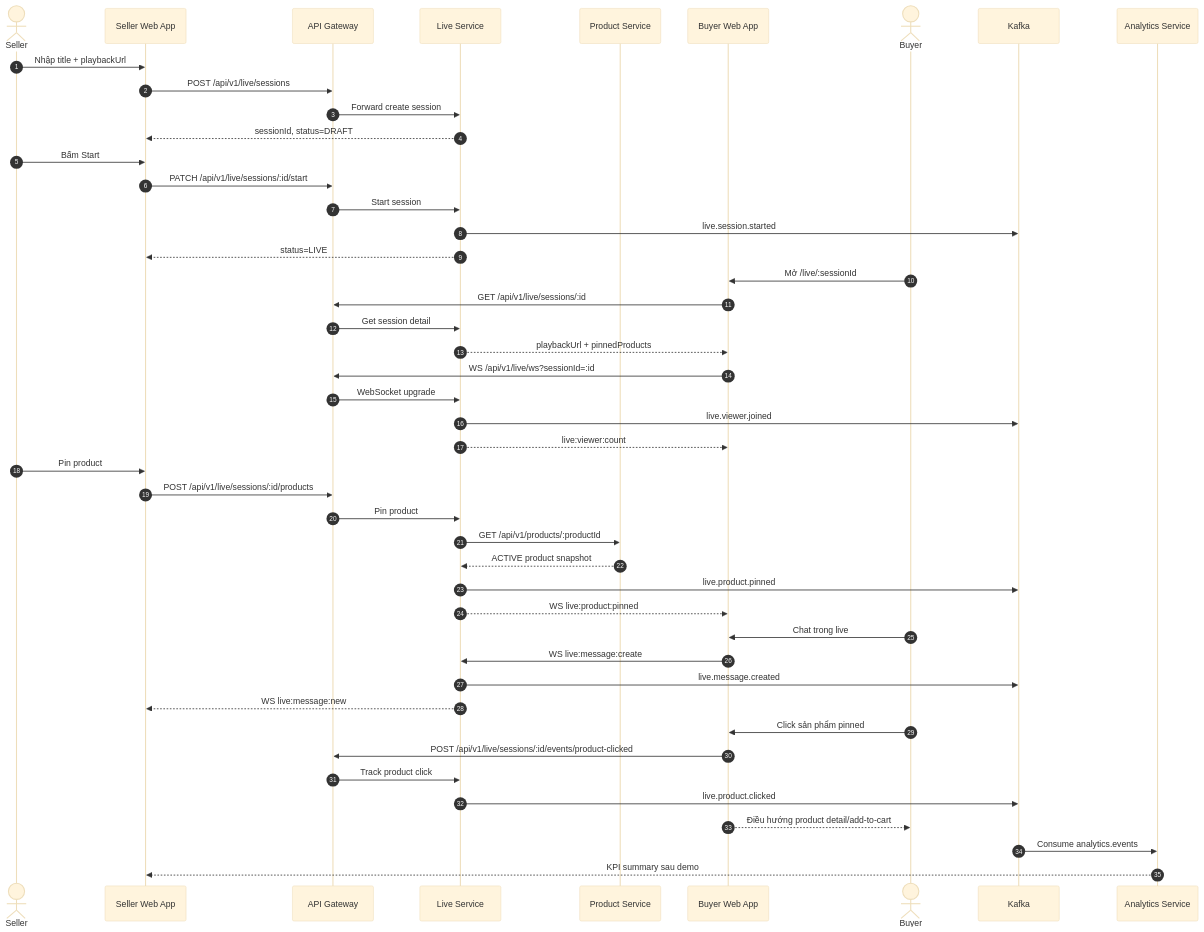
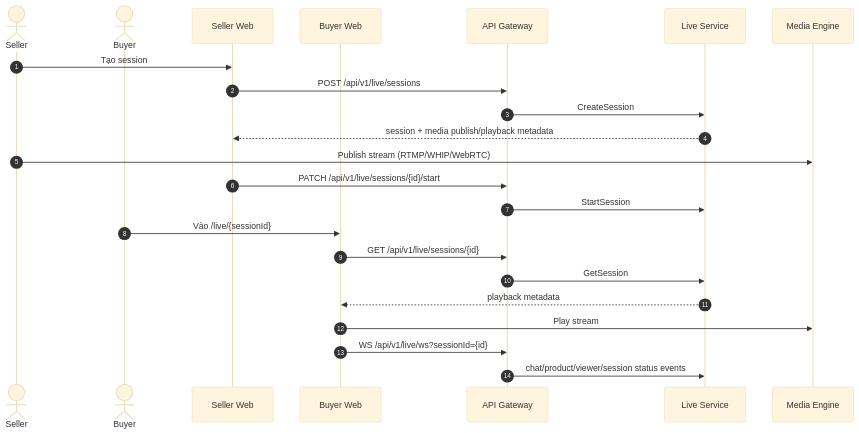
The third of 3 diagrams in docs/architecture/livestream-service-development-plan.md (truong-devops/ecommerce-microservices), drawn with Mermaid (base theme) before and after one commit. The commit also changed other lines of this file and 11 other files, not shown here.

Commit message:
feat(live): add media engine publish flow

````diff
--- a/docs/architecture/livestream-service-development-plan.md
+++ b/docs/architecture/livestream-service-development-plan.md
@@ -129,55 +139,29 @@
 ```mermaid
 sequenceDiagram
   autonumber
   actor Seller
-  participant SellerApp as Seller Web App
-  participant Gateway as API Gateway
+  actor Buyer
+  participant SellerWeb as Seller Web
+  participant BuyerWeb as Buyer Web
+  participant GW as API Gateway
   participant Live as Live Service
-  participant Product as Product Service
-  participant BuyerApp as Buyer Web App
-  actor Buyer
-  participant Kafka as Kafka
-  participant Analytics as Analytics Service
+  participant Media as Media Engine
 
-  Seller->>SellerApp: Nhập title + playbackUrl
-  SellerApp->>Gateway: POST /api/v1/live/sessions
-  Gateway->>Live: Forward create session
-  Live-->>SellerApp: sessionId, status=DRAFT
+  Seller->>SellerWeb: Tạo session
+  SellerWeb->>GW: POST /api/v1/live/sessions
+  GW->>Live: CreateSession
+  Live-->>SellerWeb: session + media publish/playback metadata
 
-  Seller->>SellerApp: Bấm Start
-  SellerApp->>Gateway: PATCH /api/v1/live/sessions/:id/start
-  Gateway->>Live: Start session
-  Live->>Kafka: live.session.started
-  Live-->>SellerApp: status=LIVE
+  Seller->>Media: Publish stream (RTMP/WHIP/WebRTC)
+  SellerWeb->>GW: PATCH /api/v1/live/sessions/{id}/start
+  GW->>Live: StartSession
 
-  Buyer->>BuyerApp: Mở /live/:sessionId
-  BuyerApp->>Gateway: GET /api/v1/live/sessions/:id
-  Gateway->>Live: Get session detail
-  Live-->>BuyerApp: playbackUrl + pinnedProducts
-  BuyerApp->>Gateway: WS /api/v1/live/ws?sessionId=:id
-  Gateway->>Live: WebSocket upgrade
-  Live->>Kafka: live.viewer.joined
-  Live-->>BuyerApp: live:viewer:count
+  Buyer->>BuyerWeb: Vào /live/{sessionId}
+  BuyerWeb->>GW: GET /api/v1/live/sessions/{id}
+  GW->>Live: GetSession
+  Live-->>BuyerWeb: playback metadata
+  BuyerWeb->>Media: Play stream
 
-  Seller->>SellerApp: Pin product
-  SellerApp->>Gateway: POST /api/v1/live/sessions/:id/products
-  Gateway->>Live: Pin product
-  Live->>Product: GET /api/v1/products/:productId
-  Product-->>Live: ACTIVE product snapshot
-  Live->>Kafka: live.product.pinned
-  Live-->>BuyerApp: WS live:product:pinned
-
-  Buyer->>BuyerApp: Chat trong live
-  BuyerApp->>Live: WS live:message:create
-  Live->>Kafka: live.message.created
-  Live-->>SellerApp: WS live:message:new
-
-  Buyer->>BuyerApp: Click sản phẩm pinned
-  BuyerApp->>Gateway: POST /api/v1/live/sessions/:id/events/product-clicked
-  Gateway->>Live: Track product click
-  Live->>Kafka: live.product.clicked
-  BuyerApp-->>Buyer: Điều hướng product detail/add-to-cart
-
-  Kafka->>Analytics: Consume analytics.events
-  Analytics-->>SellerApp: KPI summary sau demo
+  BuyerWeb->>GW: WS /api/v1/live/ws?sessionId={id}
+  GW->>Live: chat/product/viewer/session status events
 ```
````
